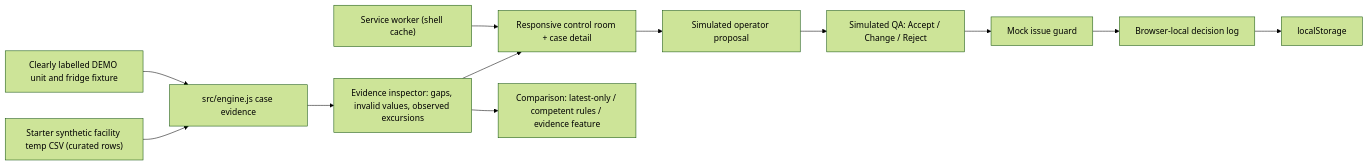
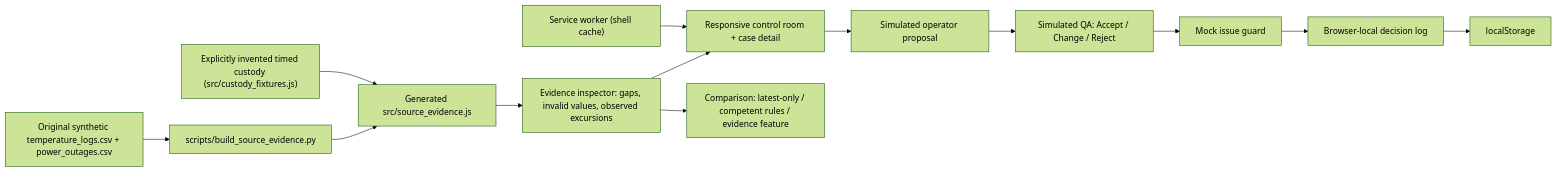
One commit to okoyeDelight/Trustledger-bct-2026 changed the diagram in README.md. Above: the diagram before and after it, drawn with Mermaid (forest theme). The commit also changed other lines of this file, not shown here.

Commit message:
docs: match README to sourced cross-table app evidence and transparent grey-area limits

```diff
--- a/README.md
+++ b/README.md
@@ -37,14 +56,15 @@
 ~~~mermaid
 flowchart LR
-  Source["Starter synthetic facility temp CSV (curated rows)"] --> Fixture["src/engine.js case evidence"]
-  Extra["Clearly labelled DEMO unit and fridge fixture"] --> Fixture
+  Source["Original synthetic temperature_logs.csv + power_outages.csv"] --> Extract["scripts/build_source_evidence.py"]
+  Extract --> Fixture["Generated src/source_evidence.js"]
+  Extra["Explicitly invented timed custody (src/custody_fixtures.js)"] --> Fixture
   Fixture --> Rules["Evidence inspector: gaps, invalid values, observed excursions"]
   Rules --> View["Responsive control room + case detail"]
   View --> Operator["Simulated operator proposal"]
   Operator --> Reviewer["Simulated QA: Accept / Change / Reject"]
   Reviewer --> Guard["Mock issue guard"]
   Guard --> Audit["Browser-local decision log"]
   Audit --> Store["localStorage"]
   Cache["Service worker (shell cache)"] --> View
   Rules --> Eval["Comparison: latest-only / competent rules / evidence feature"]
 ~~~
```
